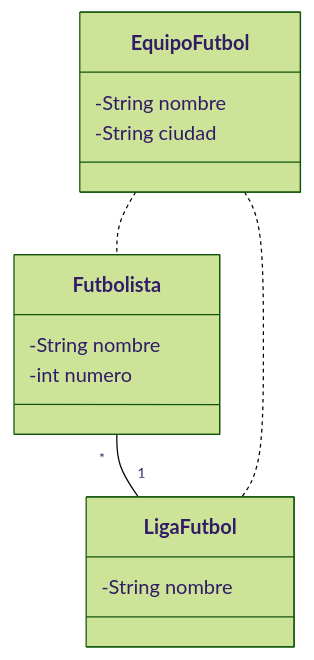
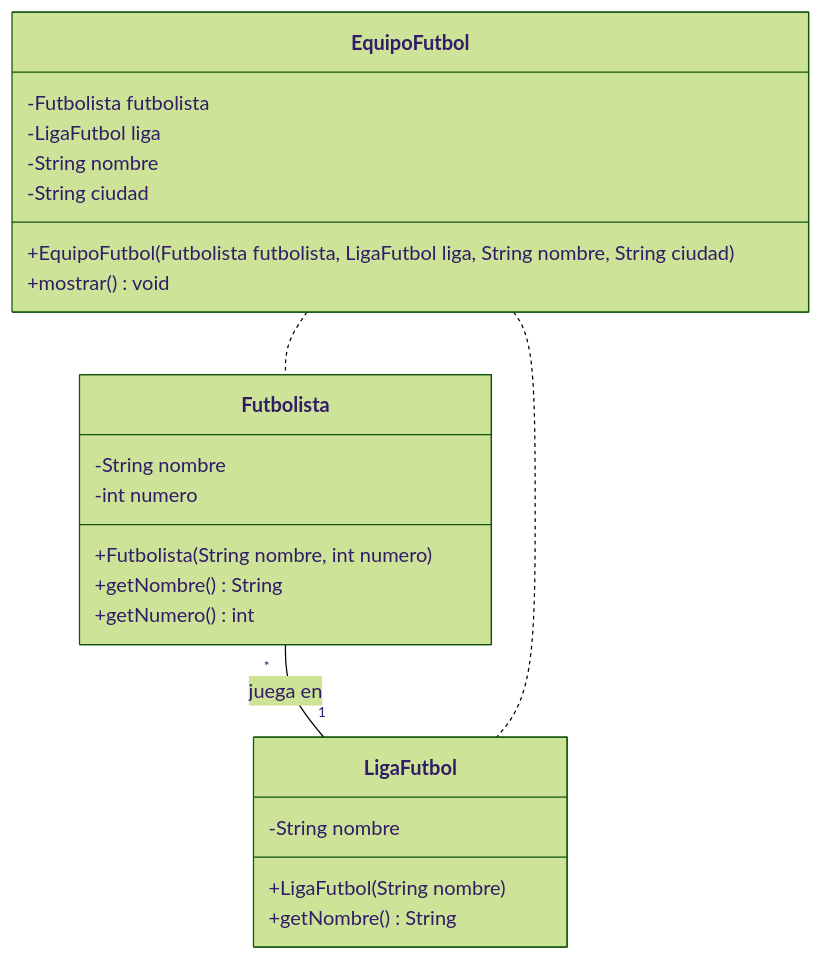
The fifth of 8 diagrams in README.md (CursosProgramacionEP/USIL_SEMANA09), drawn with Mermaid (forest theme) before and after one commit. The commit also changed other lines of this file, not shown here.

Commit message:
Diagramas UML completos y alineados con el código (atributos, constructores, getters, métodos)

````diff
--- a/README.md
+++ b/README.md
@@ -103,17 +122,26 @@
 ```mermaid
 classDiagram
     class Futbolista {
         -String nombre
         -int numero
+        +Futbolista(String nombre, int numero)
+        +getNombre() String
+        +getNumero() int
     }
     class LigaFutbol {
         -String nombre
+        +LigaFutbol(String nombre)
+        +getNombre() String
     }
     class EquipoFutbol {
+        -Futbolista futbolista
+        -LigaFutbol liga
         -String nombre
         -String ciudad
+        +EquipoFutbol(Futbolista futbolista, LigaFutbol liga, String nombre, String ciudad)
+        +mostrar() void
     }
-    Futbolista "*" -- "1" LigaFutbol
+    Futbolista "*" -- "1" LigaFutbol : juega en
     EquipoFutbol .. Futbolista
     EquipoFutbol .. LigaFutbol
 ```
````
